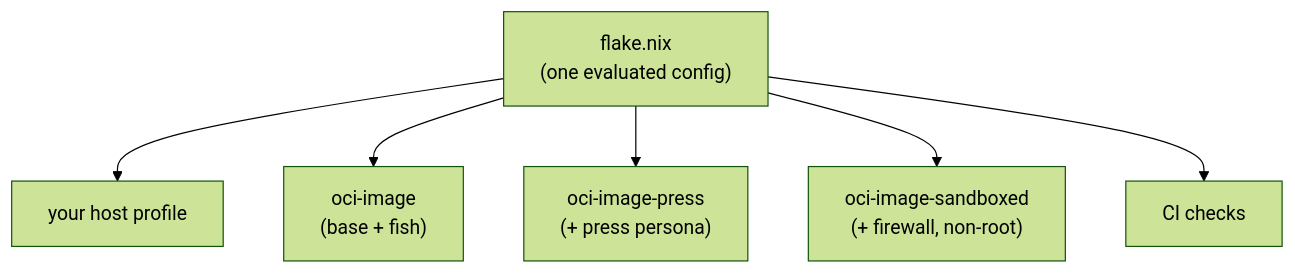
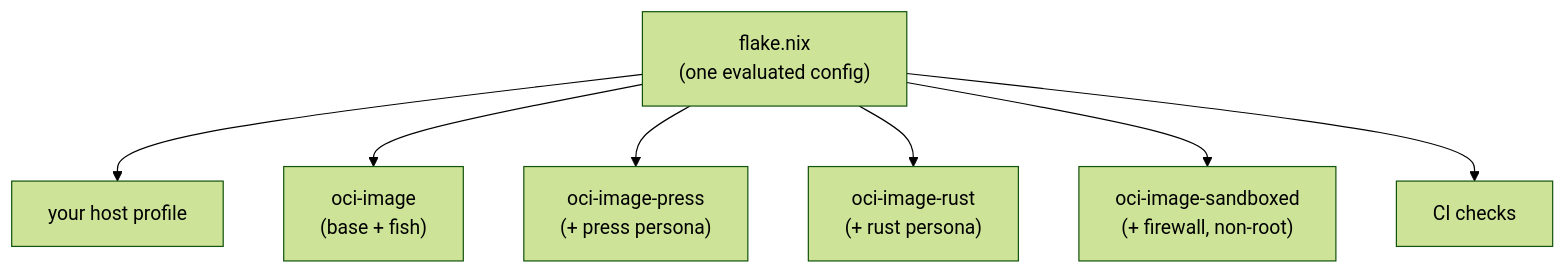
The diagram in docs-src/chapters/going-further/container-ci.adoc (intellectual-frontiers/workspaces-host-v3), drawn with Mermaid (forest theme) before and after one commit. The commit also changed other lines of this file and 10 other files, not shown here.

```diff
--- a/docs-src/chapters/going-further/container-ci.adoc
+++ b/docs-src/chapters/going-further/container-ci.adoc
@@ -9,9 +9,10 @@
 [mermaid]
 ....
 flowchart TD
   Flake["flake.nix<br>(one evaluated config)"] --> Host["your host profile"]
   Flake --> Image["oci-image<br>(base + fish)"]
   Flake --> Press["oci-image-press<br>(+ press persona)"]
+  Flake --> Rust["oci-image-rust<br>(+ rust persona)"]
   Flake --> Sandboxed["oci-image-sandboxed<br>(+ firewall, non-root)"]
   Flake --> CI["CI checks"]
 ....
```
